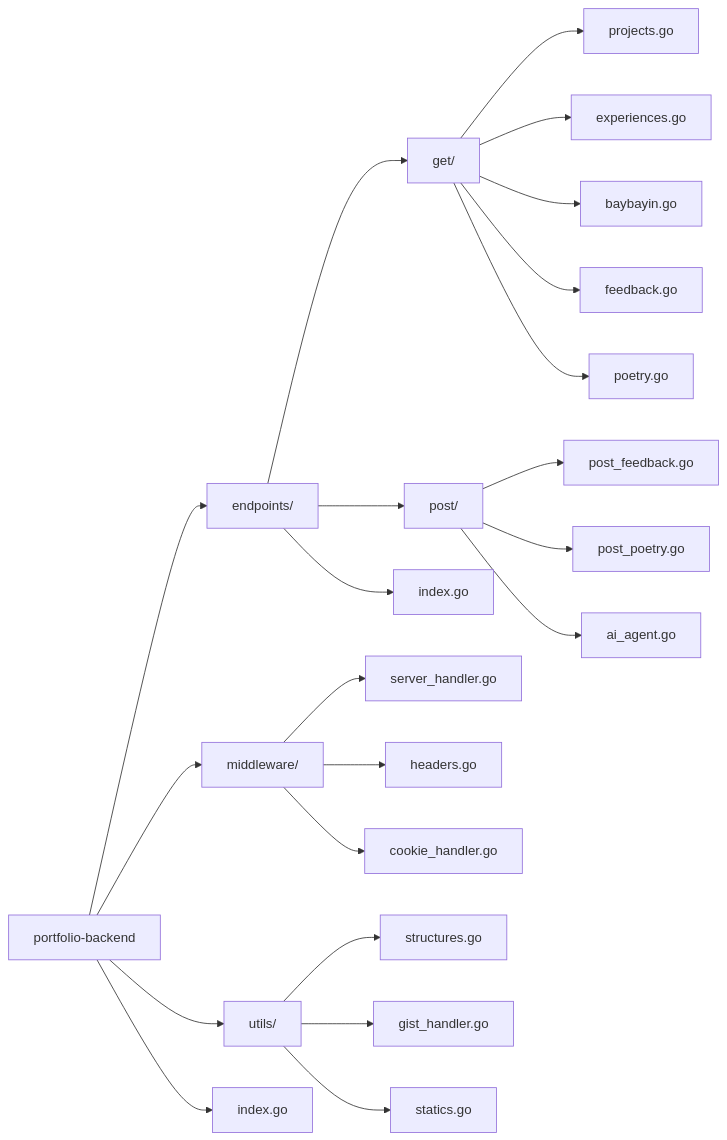
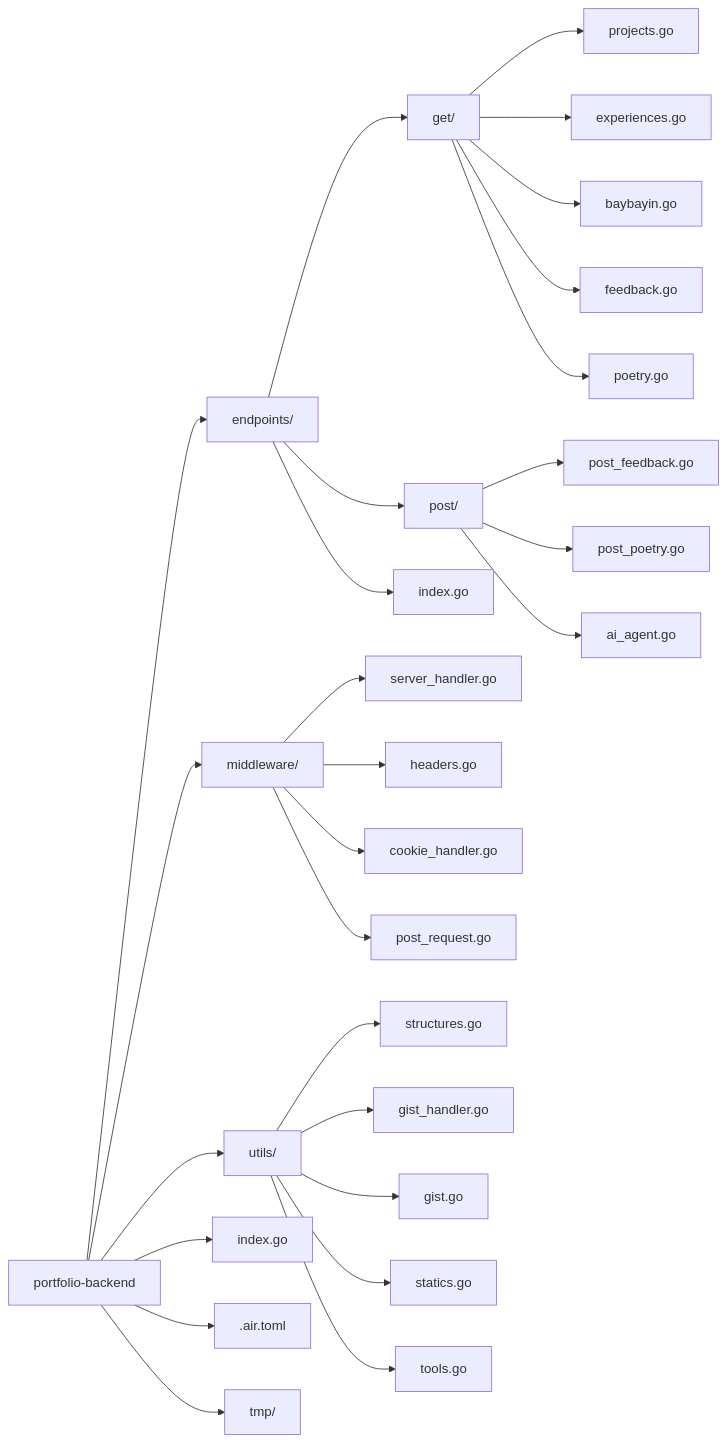
The second of 3 diagrams in README.md (RyannKim327/portfolio-backend), drawn with Mermaid before and after one commit. The commit also changed other lines of this file and 1 other file, not shown here.

````diff
--- a/README.md
+++ b/README.md
@@ -261,29 +260,33 @@
 ```mermaid
 flowchart LR
-    A[portfolio-backend] --> B[endpoints/]
+    A[portfolio-backend]
+    A --> B[endpoints/]
     A --> C[middleware/]
     A --> D[utils/]
     A --> E[index.go]
+    A --> F[.air.toml]
+    A --> G[tmp/]
     
-    B --> F[get/]
-    B --> G[post/]
-    B --> H[index.go]
+    B --> B1[get/]
+    B --> B2[post/]
+    B --> B3[index.go]
+    B1 --> B1a[projects.go]
+    B1 --> B1b[experiences.go]
+    B1 --> B1c[baybayin.go]
+    B1 --> B1d[feedback.go]
+    B1 --> B1e[poetry.go]
+    B2 --> B2a[post_feedback.go]
+    B2 --> B2b[post_poetry.go]
+    B2 --> B2c[ai_agent.go]
     
-    F --> I[projects.go]
-    F --> J[experiences.go]
-    F --> K[baybayin.go]
-    F --> L[feedback.go]
-    F --> M[poetry.go]
+    C --> C1[server_handler.go]
+    C --> C2[headers.go]
+    C --> C3[cookie_handler.go]
+    C --> C4[post_request.go]
     
-    G --> N[post_feedback.go]
-    G --> O[post_poetry.go]
-    G --> P[ai_agent.go]
-    
-    C --> Q[server_handler.go]
-    C --> R[headers.go]
-    C --> S[cookie_handler.go]
-    
-    D --> T[structures.go]
-    D --> U[gist_handler.go]
-    D --> V[statics.go]
+    D --> D1[structures.go]
+    D --> D2[gist_handler.go]
+    D --> D3[gist.go]
+    D --> D4[statics.go]
+    D --> D5[tools.go]
 ```
````
